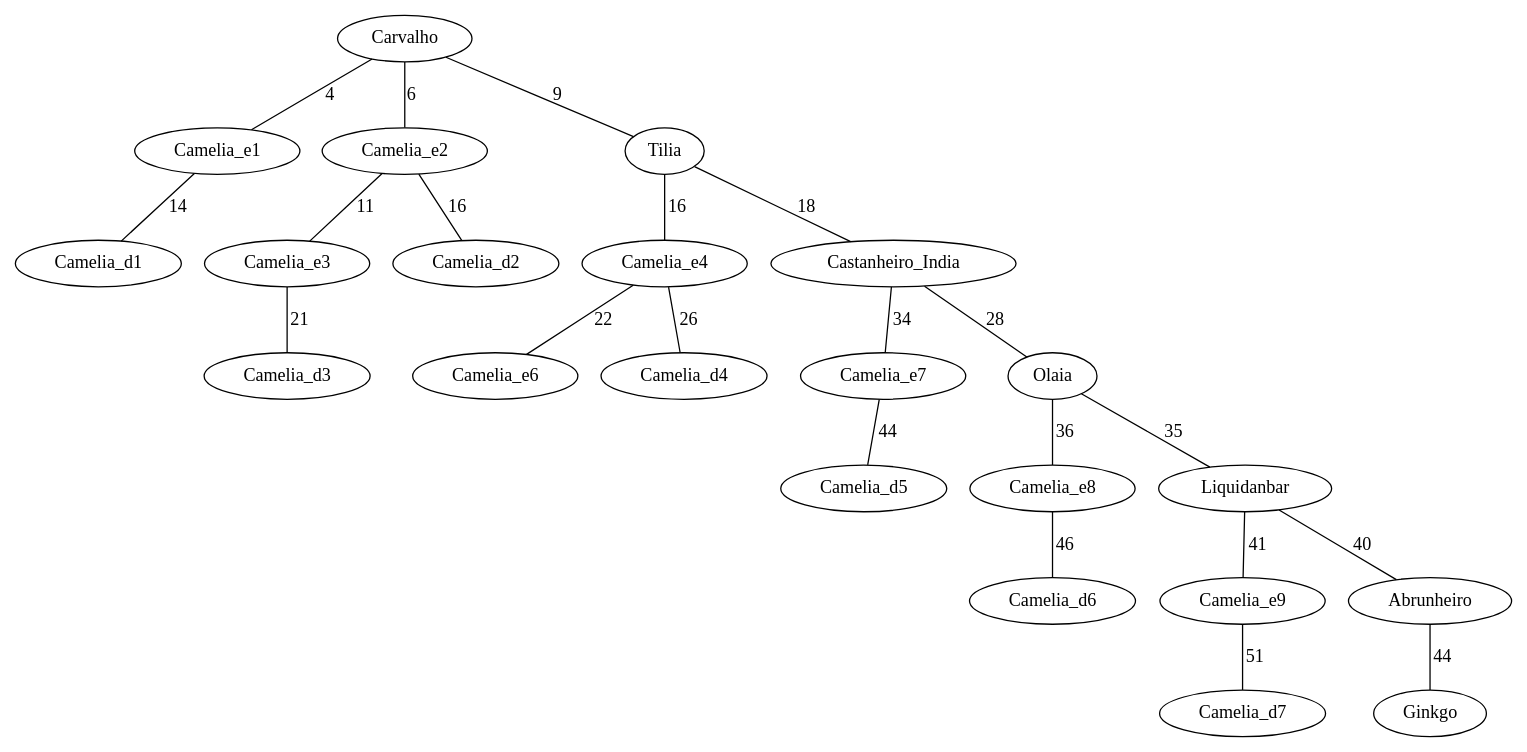
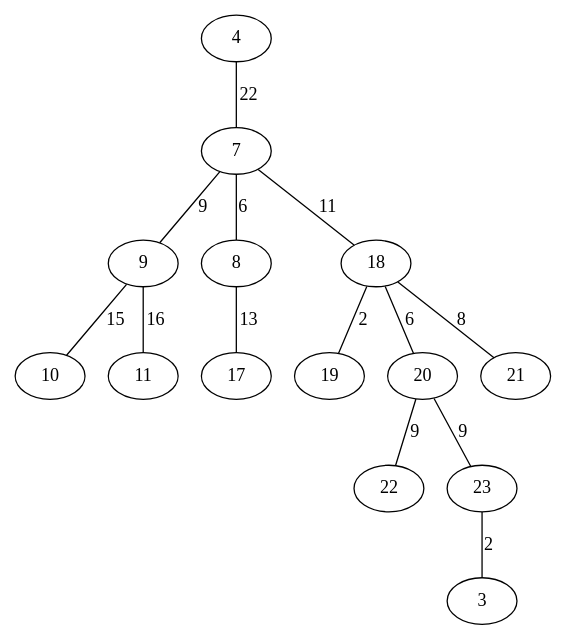
Before and after one commit to francisc-o-liveira/lei-24-s2-1dp-g163: the diagram in graph.dot, drawn with Graphviz. The commit also changed 7 other files, not shown here.

```diff
--- a/graph.dot
+++ b/graph.dot
@@ -1,23 +1,15 @@
 graph US13 {
-Carvalho -- Camelia_e1 [label="4"];
-Carvalho -- Camelia_e2 [label="6"];
-Carvalho -- Tilia [label="9"];
-Camelia_e2 -- Camelia_e3 [label="11"];
-Tilia -- Camelia_e4 [label="16"];
-Tilia -- Castanheiro_India [label="18"];
-Camelia_e4 -- Camelia_e6 [label="22"];
-Castanheiro_India -- Camelia_e7 [label="34"];
-Castanheiro_India -- Olaia [label="28"];
-Olaia -- Camelia_e8 [label="36"];
-Olaia -- Liquidanbar [label="35"];
-Liquidanbar -- Camelia_e9 [label="41"];
-Liquidanbar -- Abrunheiro [label="40"];
-Camelia_e9 -- Camelia_d7 [label="51"];
-Abrunheiro -- Ginkgo [label="44"];
-Camelia_e8 -- Camelia_d6 [label="46"];
-Camelia_e7 -- Camelia_d5 [label="44"];
-Camelia_e4 -- Camelia_d4 [label="26"];
-Camelia_e1 -- Camelia_d1 [label="14"];
-Camelia_e2 -- Camelia_d2 [label="16"];
-Camelia_e3 -- Camelia_d3 [label="21"];
+9 -- 10 [label="15"];
+9 -- 11 [label="16"];
+8 -- 17 [label="13"];
+7 -- 18 [label="11"];
+18 -- 19 [label="2"];
+18 -- 20 [label="6"];
+18 -- 21 [label="8"];
+20 -- 22 [label="9"];
+20 -- 23 [label="9"];
+23 -- 3 [label="2"];
+4 -- 7 [label="22"];
+7 -- 8 [label="6"];
+7 -- 9 [label="9"];
 }
```
